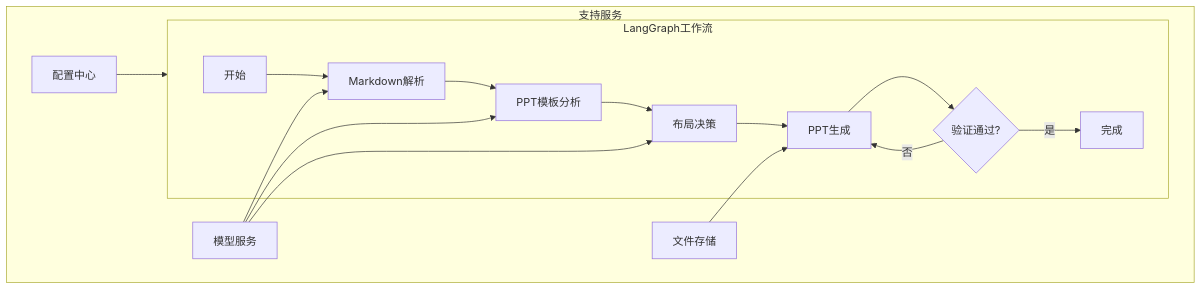
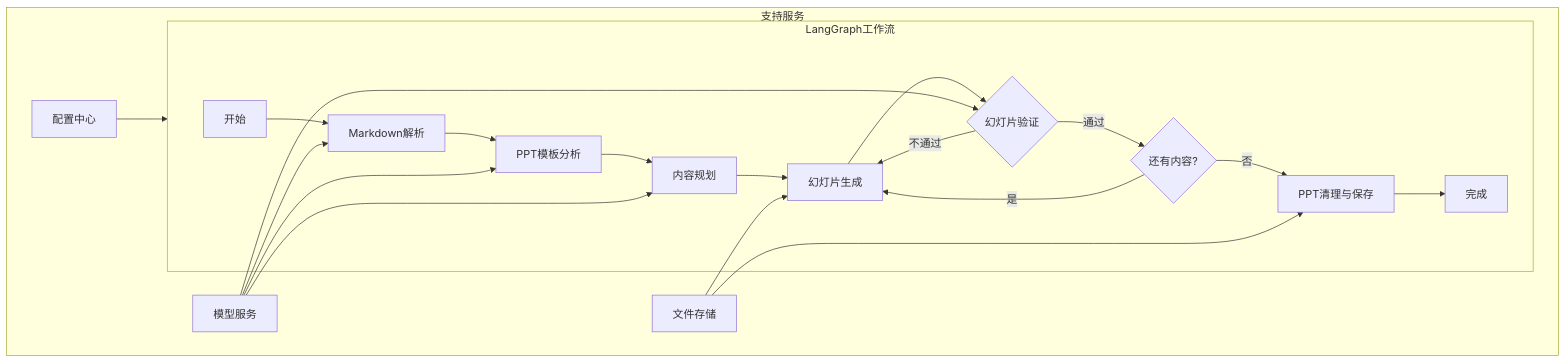
One commit to AlanHootman/ppt_assistant changed the first of 3 diagrams in docs/arch/架构设计.md. Above: the diagram before and after it, drawn with Mermaid. The commit also changed other lines of this file and 3 other files, not shown here.

````diff
--- a/docs/arch/架构设计.md
+++ b/docs/arch/架构设计.md
@@ -4,20 +4,25 @@
 ```mermaid
 graph TD
     subgraph LangGraph工作流
         A[开始] --> B[Markdown解析]
         B --> C[PPT模板分析]
-        C --> D[布局决策]
-        D --> E[PPT生成]
-        E --> F{验证通过?}
-        F -->|是| G[完成]
-        F -->|否| E
+        C --> D[内容规划]
+        D --> E[幻灯片生成]
+        E --> F{幻灯片验证}
+        F -->|不通过| E
+        F -->|通过| H{还有内容?}
+        H -->|是| E
+        H -->|否| I[PPT清理与保存]
+        I --> J[完成]
     end
     
     subgraph 支持服务
-        H[模型服务] --> B
-        H --> C
-        H --> D
-        I[文件存储] --> E
-        J[配置中心] --> LangGraph工作流
+        K[模型服务] --> B
+        K --> C
+        K --> D
+        K --> F
+        L[文件存储] --> E
+        L --> I
+        M[配置中心] --> LangGraph工作流
     end
 ```
````
